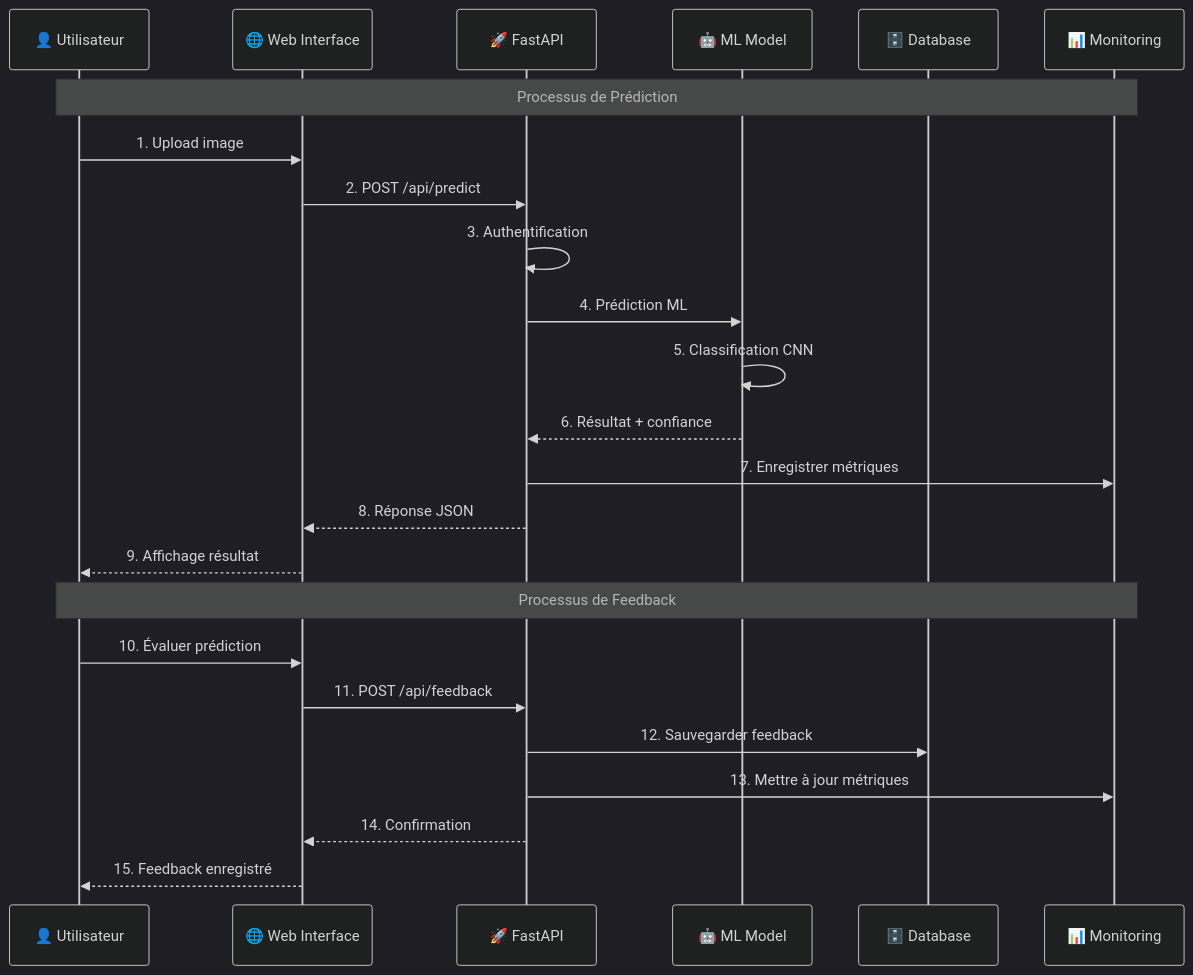
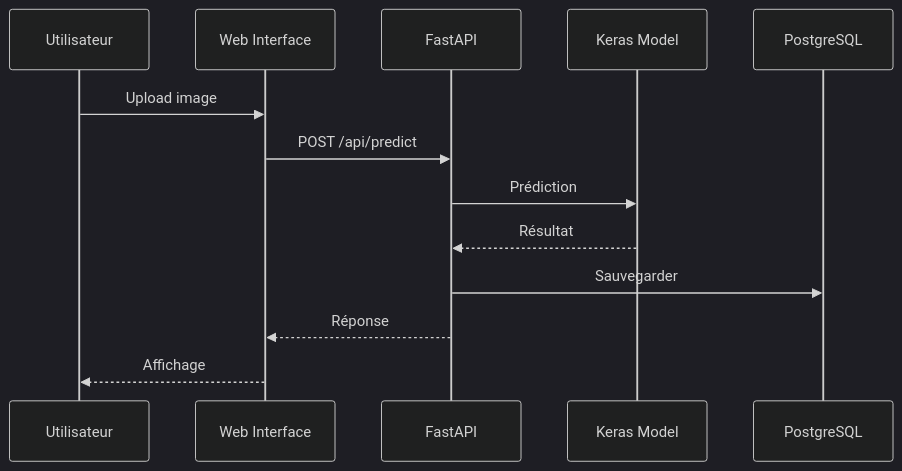
Before and after one commit to dydou375/computer-vision-cats-and-dogs: the second of 2 diagrams in README.md, drawn with Mermaid (dark theme). The commit also changed other lines of this file, not shown here.

Commit message:
Révision du README pour clarifier le flux d'interaction et le diagramme de flux. Simplification des descriptions et mise à jour des participants dans le diagramme de séquence. Amélioration de la lisibilité et de la structure des sections.

````diff
--- a/README.md
+++ b/README.md
@@ -318,30 +257,16 @@
 ```mermaid
 sequenceDiagram
-    participant U as 👤 Utilisateur
-    participant W as 🌐 Web Interface
-    participant A as 🚀 FastAPI
-    participant M as 🤖 ML Model
-    participant D as 🗄️ Database
-    participant S as 📊 Monitoring
+    participant U as Utilisateur
+    participant W as Web Interface
+    participant A as FastAPI
+    participant M as Keras Model
+    participant D as PostgreSQL
     
-    Note over U,S: Processus de Prédiction
-    
-    U->>W: 1. Upload image
-    W->>A: 2. POST /api/predict
-    A->>A: 3. Authentification
-    A->>M: 4. Prédiction ML
-    M->>M: 5. Classification CNN
-    M-->>A: 6. Résultat + confiance
-    A->>S: 7. Enregistrer métriques
-    A-->>W: 8. Réponse JSON
-    W-->>U: 9. Affichage résultat
-    
-    Note over U,S: Processus de Feedback
-    
-    U->>W: 10. Évaluer prédiction
-    W->>A: 11. POST /api/feedback
-    A->>D: 12. Sauvegarder feedback
-    A->>S: 13. Mettre à jour métriques
-    A-->>W: 14. Confirmation
-    W-->>U: 15. Feedback enregistré
+    U->>W: Upload image
+    W->>A: POST /api/predict
+    A->>M: Prédiction
+    M-->>A: Résultat
+    A->>D: Sauvegarder
+    A-->>W: Réponse
+    W-->>U: Affichage
 ```
````
